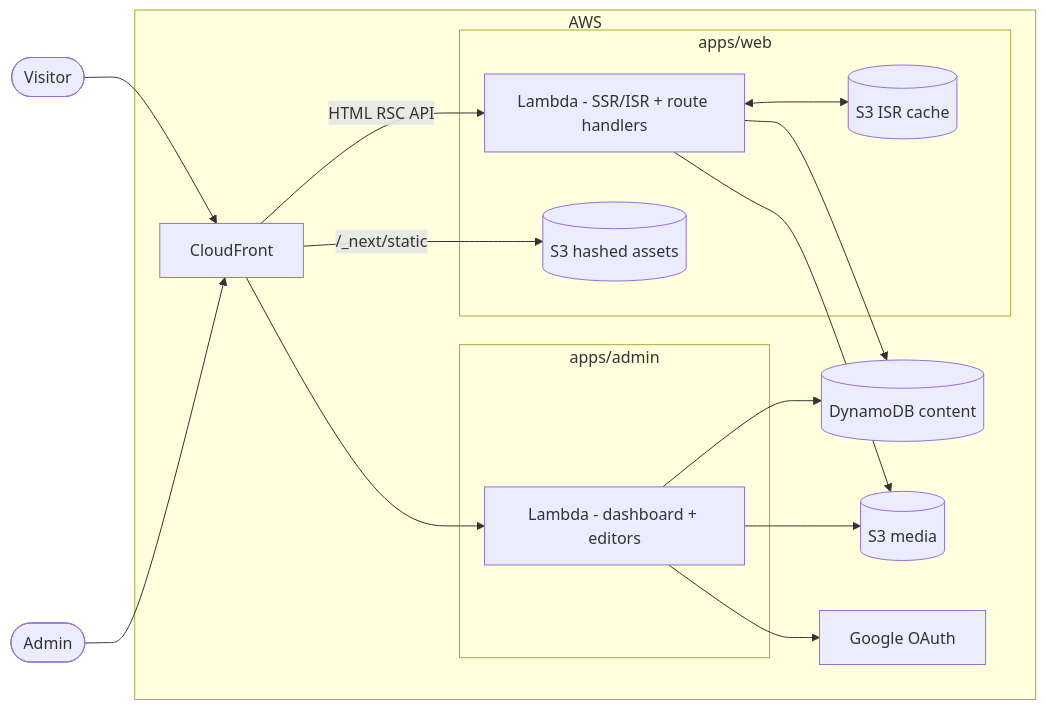
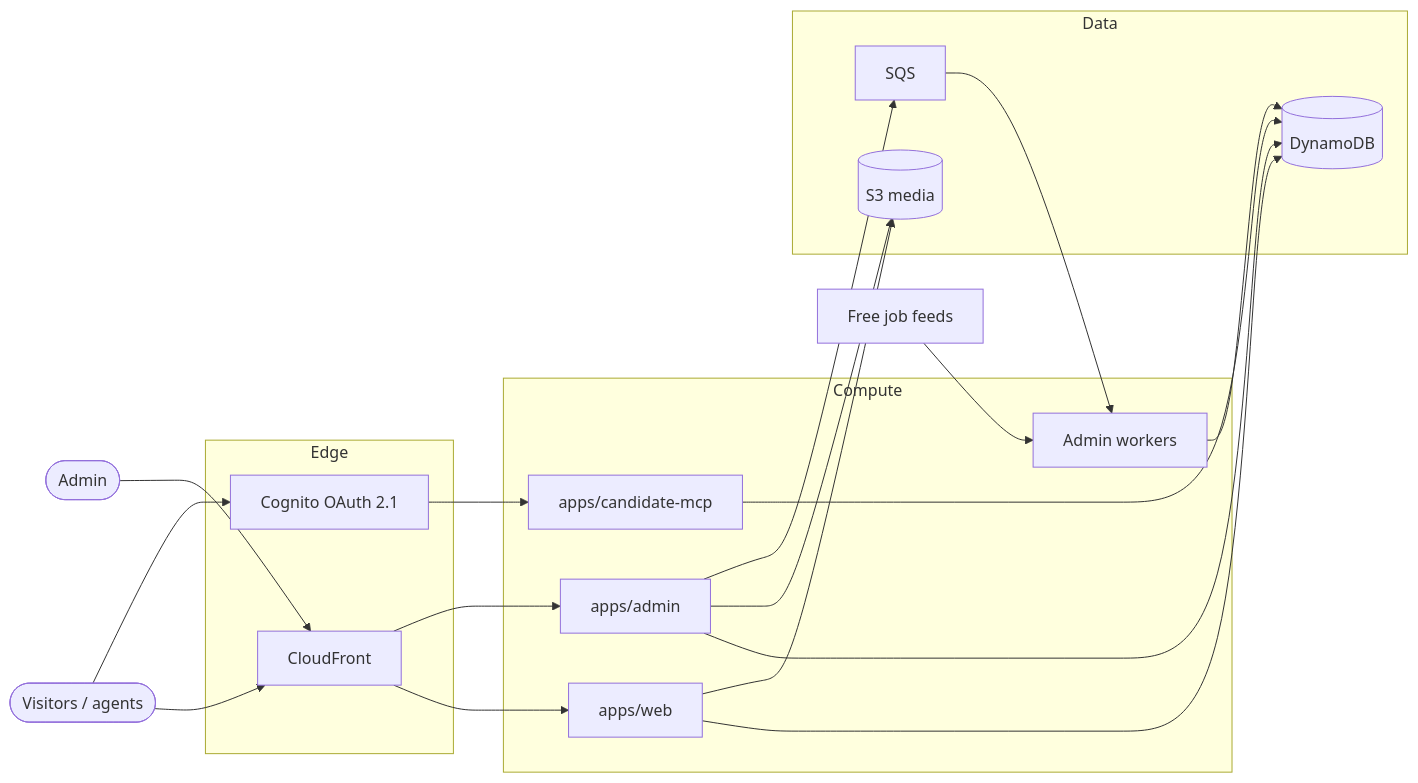
The diagram in README.md (KhubaibQaiser/portfolio-v2), drawn with Mermaid before and after one commit. The commit also changed other lines of this file and 1 other file, not shown here.

````diff
--- a/README.md
+++ b/README.md
@@ -40,31 +32,37 @@
 ```mermaid
 flowchart LR
-  user([Visitor])
-  admin_user([Admin])
+  visitors([Visitors / agents])
+  adminUser([Admin])
 
-  subgraph aws [AWS]
+  subgraph edge [Edge]
     cf[CloudFront]
-    subgraph web [apps/web]
-      webfn[Lambda - SSR/ISR + route handlers]
-      s3assets[(S3 hashed assets)]
-      s3cache[(S3 ISR cache)]
-    end
-    subgraph adm [apps/admin]
-      admfn[Lambda - dashboard + editors]
-    end
-    ddb[(DynamoDB content)]
-    s3media[(S3 media)]
-    google[Google OAuth]
+    cognito[Cognito OAuth 2.1]
   end
 
-  user --> cf
-  cf -->|"HTML RSC API"| webfn
-  cf -->|"/_next/static"| s3assets
-  webfn <--> s3cache
-  webfn --> ddb
-  webfn --> s3media
-  admin_user --> cf --> admfn
-  admfn --> google
-  admfn --> ddb
-  admfn --> s3media
+  subgraph compute [Compute]
+    web[apps/web]
+    admin[apps/admin]
+    mcp[apps/candidate-mcp]
+    workers[Admin workers]
+  end
+
+  subgraph data [Data]
+    ddb[(DynamoDB)]
+    media[(S3 media)]
+    sqs[SQS]
+  end
+
+  feeds[Free job feeds]
+
+  visitors --> cf --> web
+  visitors --> cognito --> mcp
+  adminUser --> cf --> admin
+  web --> ddb
+  web --> media
+  admin --> ddb
+  admin --> media
+  admin --> sqs --> workers
+  workers --> ddb
+  mcp --> ddb
+  feeds --> workers
 ```
````
